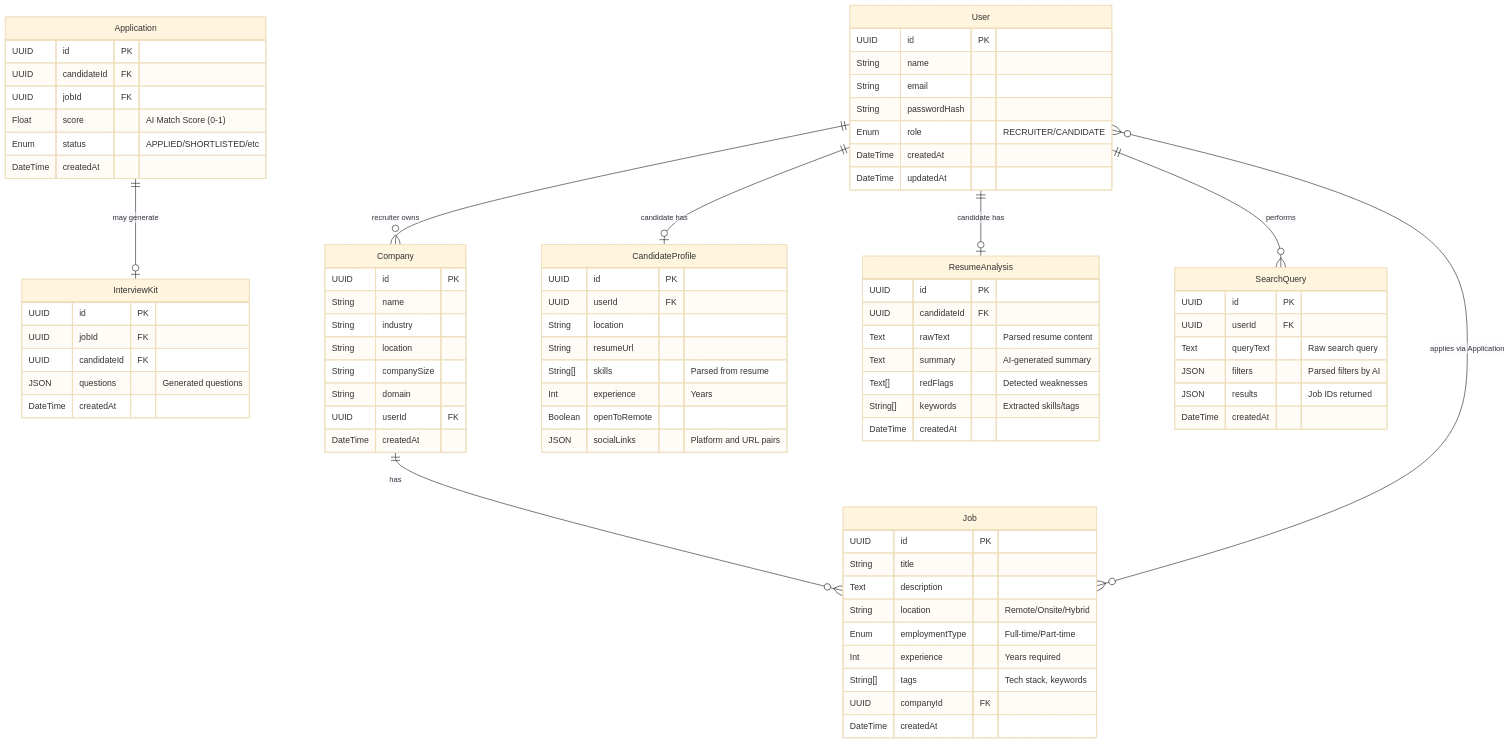
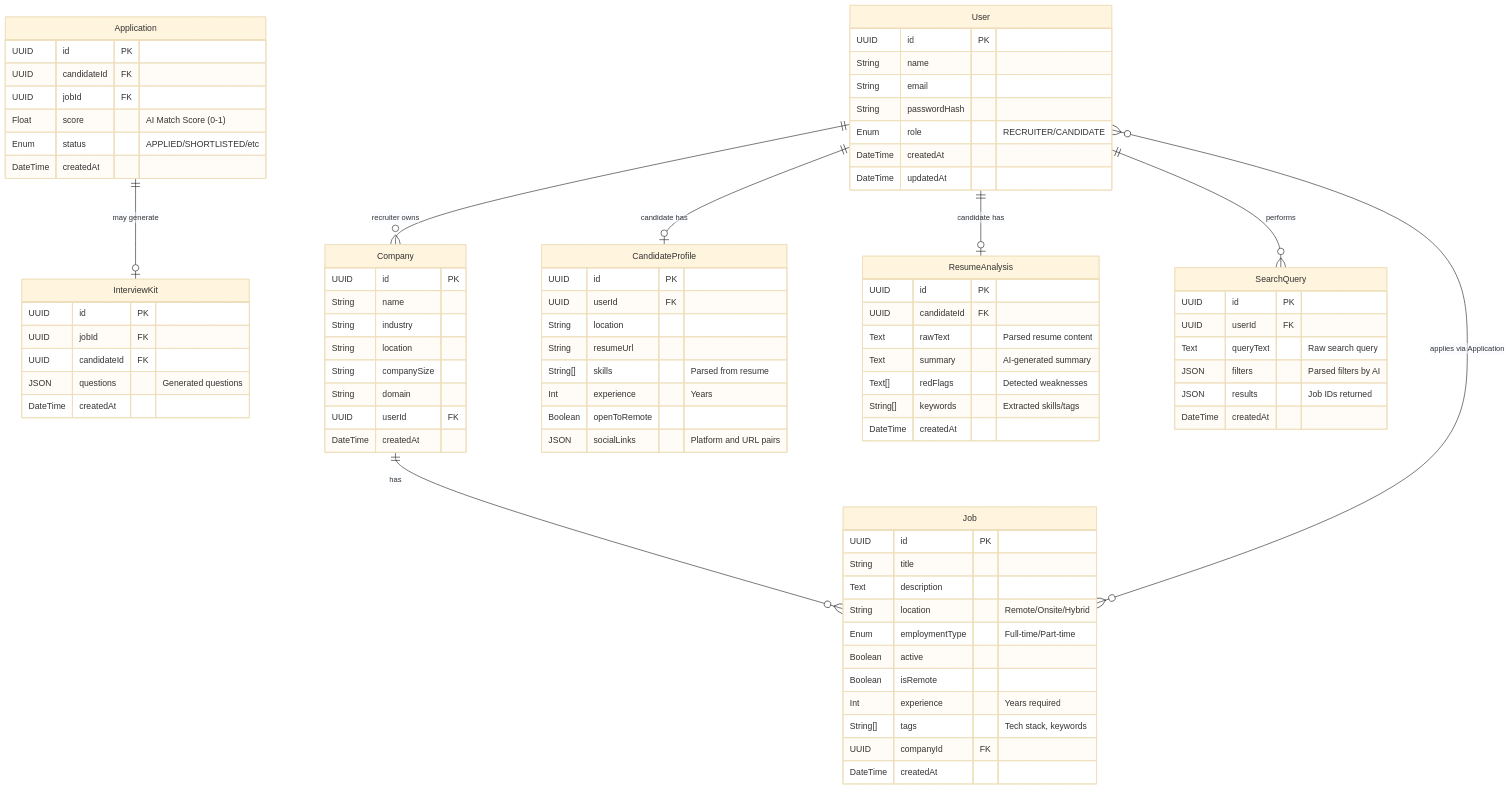
One commit to devwithfarshi/hireloom-ai changed the diagram in database-diagram.md. Above: the diagram before and after it, drawn with Mermaid (base theme). The commit also changed 26 other files, not shown here.

```diff
--- a/database-diagram.md
+++ b/database-diagram.md
@@ -27,6 +27,8 @@
         Text description
         String location "Remote/Onsite/Hybrid"
         Enum employmentType "Full-time/Part-time"
+        Boolean active
+        Boolean isRemote
         Int experience "Years required"
         String[] tags "Tech stack, keywords"
         UUID companyId FK
```
